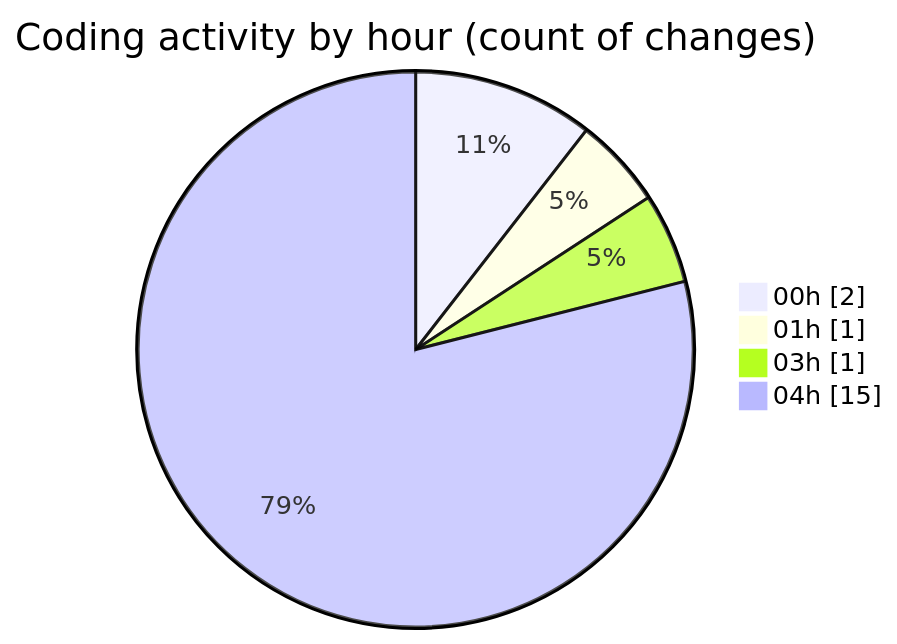
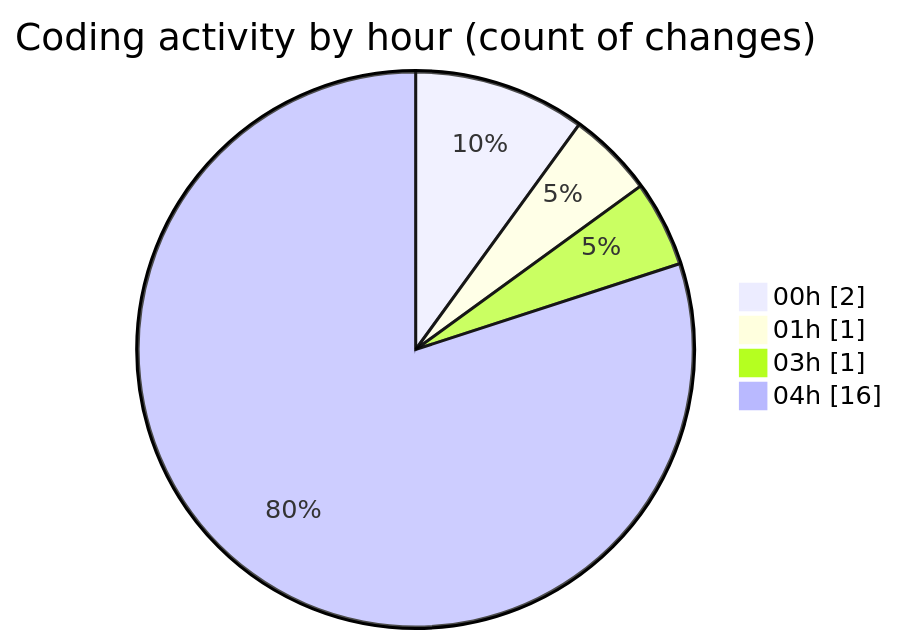
Before and after one commit to julien-gomy/code-tracking: the second of 2 diagrams in 2025-11-14/eventscop-api-guide__workspace_/README.md, drawn with Mermaid. The commit also changed other lines of this file and 1 other file, not shown here.

````diff
--- a/2025-11-14/eventscop-api-guide__workspace_/README.md
+++ b/2025-11-14/eventscop-api-guide__workspace_/README.md
@@ -33,8 +33,8 @@
 ```mermaid
 pie showData
 title Coding activity by hour (count of changes)
 "00h" : 2
 "01h" : 1
 "03h" : 1
-"04h" : 15
+"04h" : 16
 ```
````
